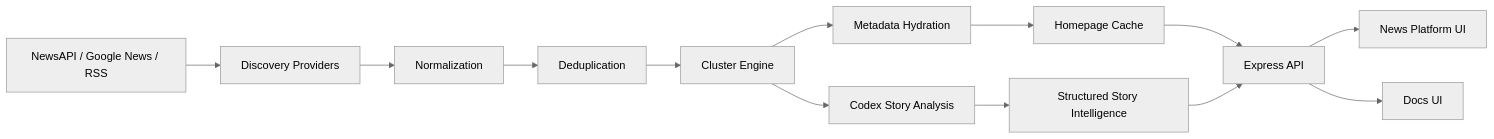
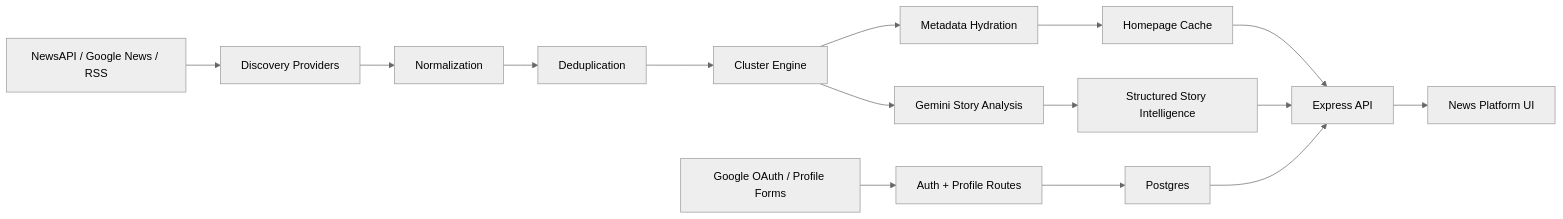
Before and after one commit to NavilanSanthanakrishnan/zelthir-news: the diagram in docs/ARCHITECTURE.md, drawn with Mermaid (neutral theme). The commit also changed other lines of this file and 42 other files, not shown here.

````diff
--- a/docs/ARCHITECTURE.md
+++ b/docs/ARCHITECTURE.md
@@ -15,15 +16,17 @@
 ```mermaid
 flowchart LR
     A["NewsAPI / Google News / RSS"] --> B["Discovery Providers"]
     B --> C["Normalization"]
     C --> D["Deduplication"]
     D --> E["Cluster Engine"]
     E --> F["Metadata Hydration"]
-    E --> G["Codex Story Analysis"]
+    E --> G["Gemini Story Analysis"]
     F --> H["Homepage Cache"]
     G --> I["Structured Story Intelligence"]
     H --> J["Express API"]
     I --> J
     J --> K["News Platform UI"]
-    J --> L["Docs UI"]
+    L["Google OAuth / Profile Forms"] --> M["Auth + Profile Routes"]
+    M --> N["Postgres"]
+    N --> J
 ```
````
